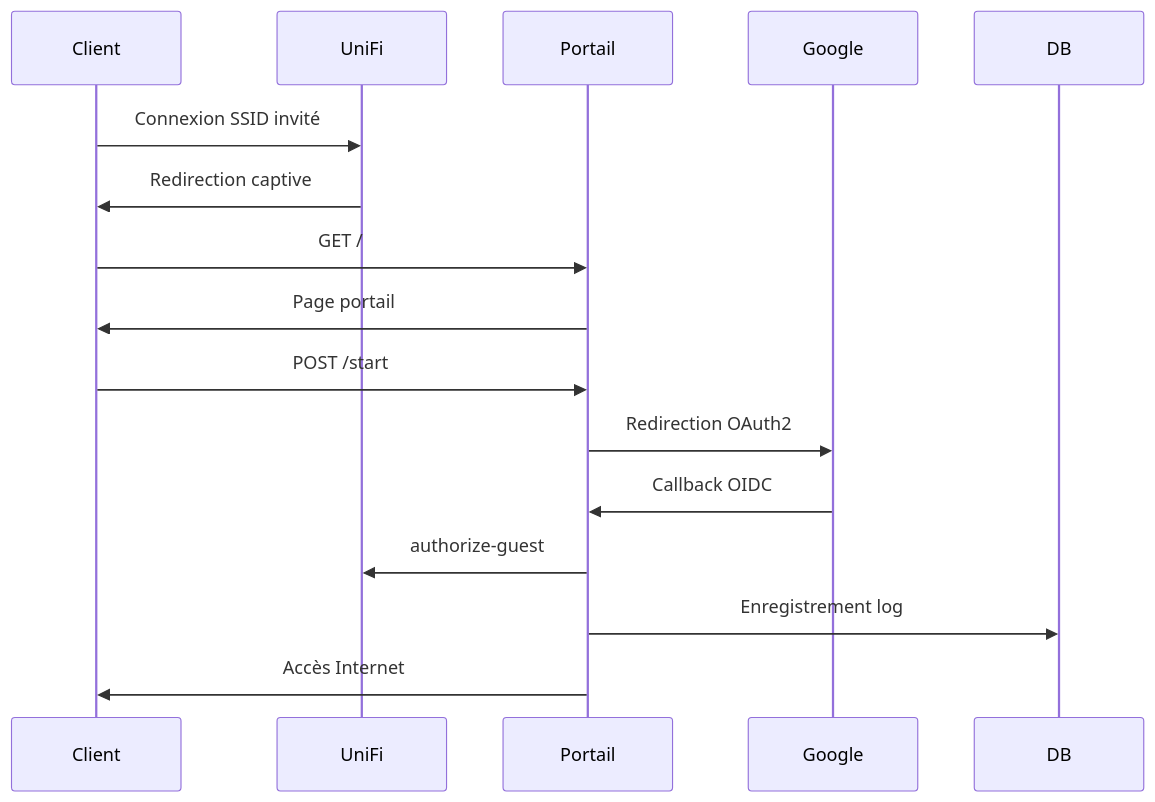
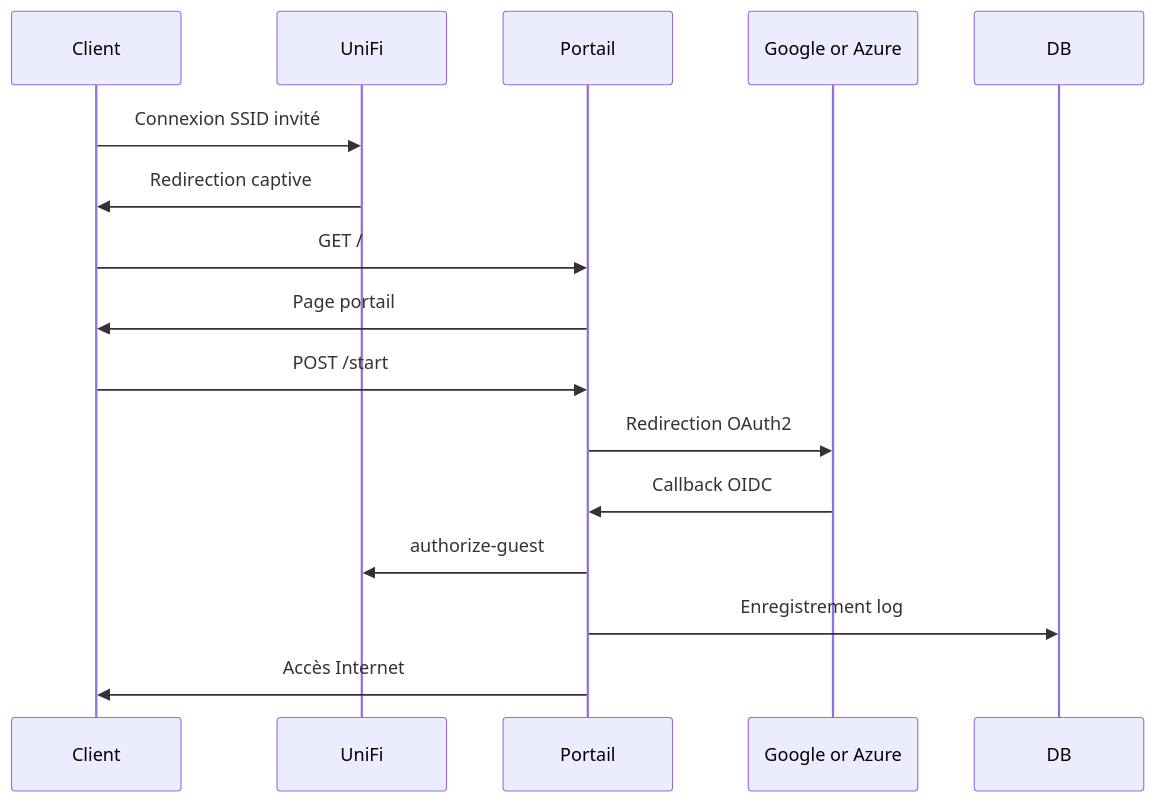
One commit to dgabriel82/gab-wifi changed the second of 2 diagrams in README.md. Above: the diagram before and after it, drawn with Mermaid. The commit also changed other lines of this file, not shown here.

First line of the commit message:
Add Azure authentication support to README

````diff
--- a/README.md
+++ b/README.md
@@ -42,19 +42,19 @@
 ```mermaid
 sequenceDiagram
     participant C as Client
     participant U as UniFi
     participant P as Portail
-    participant G as Google
+    participant G as Google or Azure
     participant D as DB
 
     C->>U: Connexion SSID invité
     U->>C: Redirection captive
     C->>P: GET /
     P->>C: Page portail
     C->>P: POST /start
     P->>G: Redirection OAuth2
     G->>P: Callback OIDC
     P->>U: authorize-guest
     P->>D: Enregistrement log
     P->>C: Accès Internet
 ```
````
